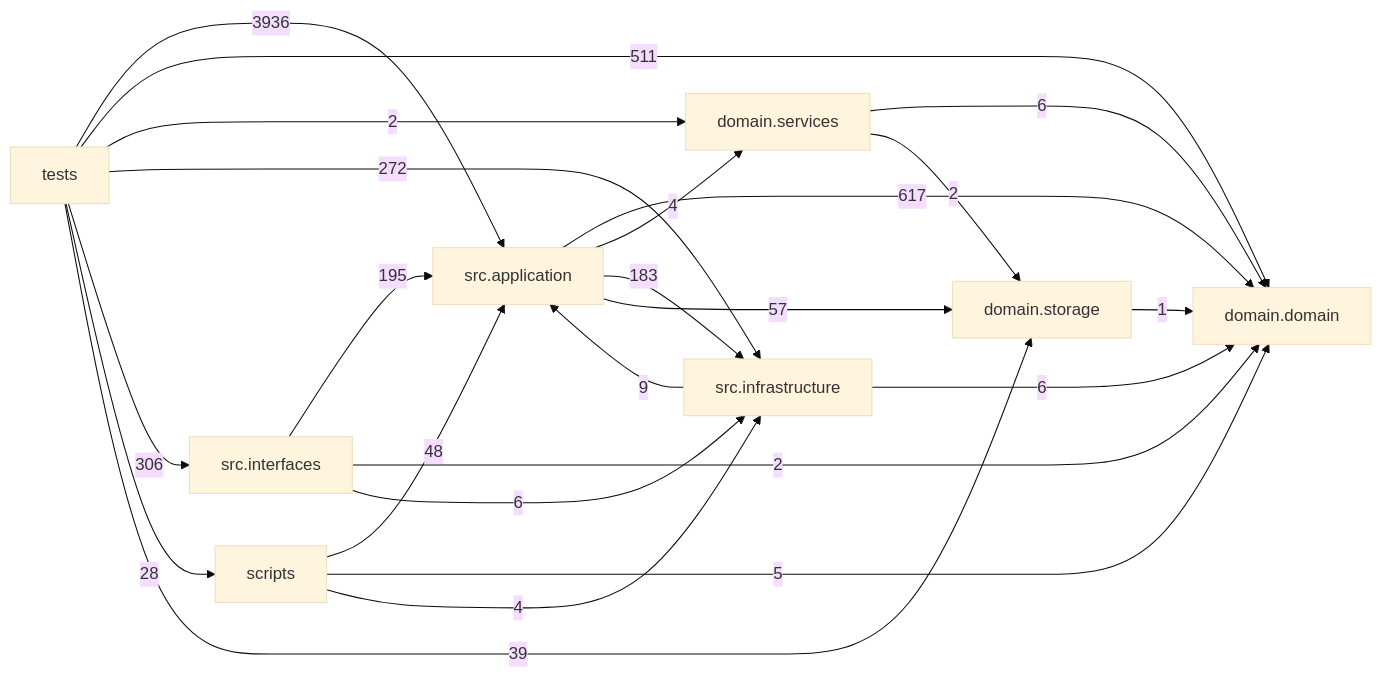
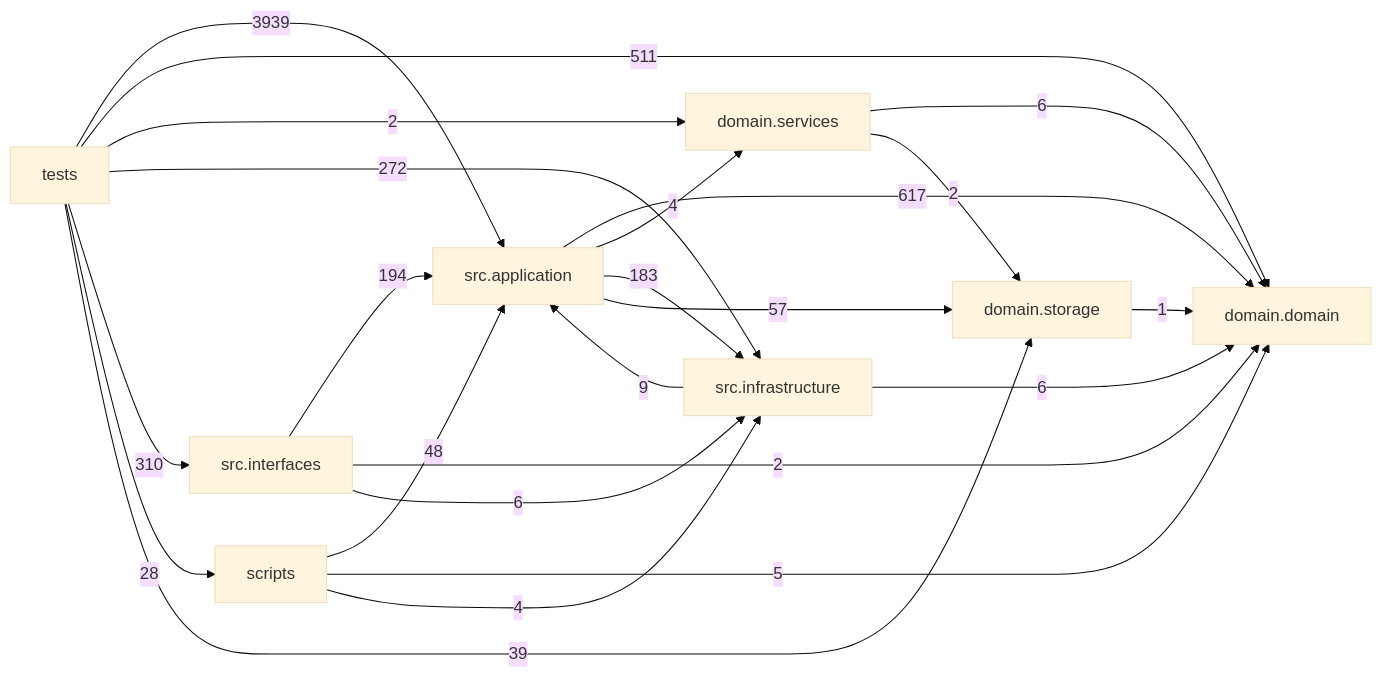
Before and after one commit to liuxie066/options-monitor: the diagram in docs/DEPENDENCY_GRAPH.md, drawn with Mermaid (base theme). The commit also changed other lines of this file and 5 other files, not shown here.

````diff
--- a/docs/DEPENDENCY_GRAPH.md
+++ b/docs/DEPENDENCY_GRAPH.md
@@ -24,33 +24,33 @@
 ```mermaid
 flowchart LR
   tests["tests"]
   scripts["scripts"]
   interfaces["src.interfaces"]
   application["src.application"]
   infrastructure["src.infrastructure"]
   domain_services["domain.services"]
   domain["domain.domain"]
   storage["domain.storage"]
   application -->|617| domain
   application -->|4| domain_services
   application -->|183| infrastructure
   application -->|57| storage
   domain_services -->|6| domain
   domain_services -->|2| storage
   infrastructure -->|9| application
   infrastructure -->|6| domain
-  interfaces -->|195| application
+  interfaces -->|194| application
   interfaces -->|2| domain
   interfaces -->|6| infrastructure
   scripts -->|48| application
   scripts -->|5| domain
   scripts -->|4| infrastructure
   storage -->|1| domain
-  tests -->|3936| application
+  tests -->|3939| application
   tests -->|511| domain
   tests -->|2| domain_services
   tests -->|272| infrastructure
-  tests -->|306| interfaces
+  tests -->|310| interfaces
   tests -->|28| scripts
   tests -->|39| storage
 ```
````
